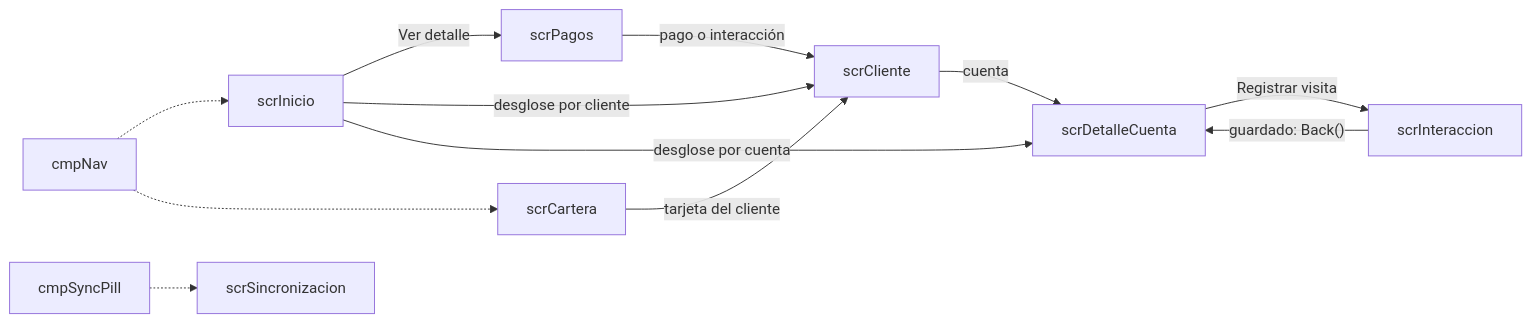
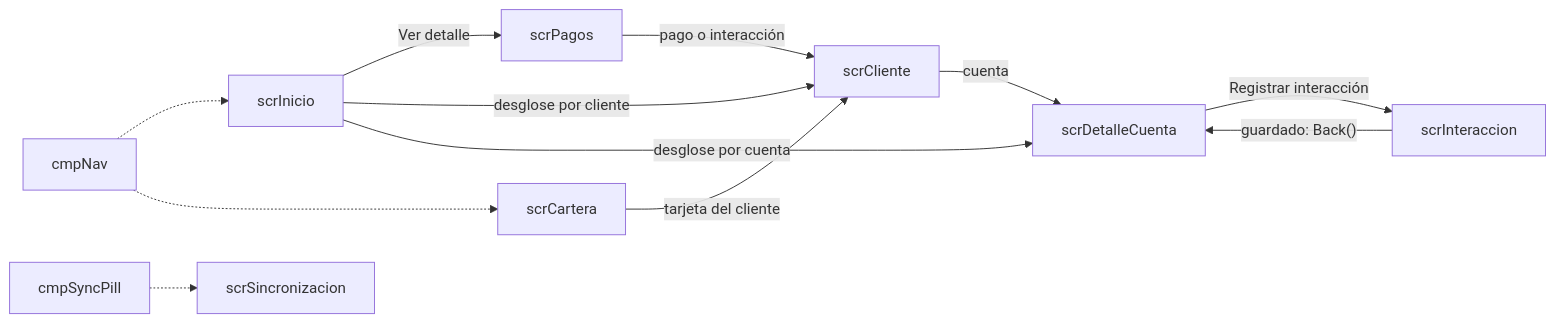
One commit to breaking-bytes-dev/cobranza-movil changed the diagram in docs/tecnica/05-app-localizador.md. Above: the diagram before and after it, drawn with Mermaid. The commit also changed other lines of this file and 20 other files, not shown here.

````diff
--- a/docs/tecnica/05-app-localizador.md
+++ b/docs/tecnica/05-app-localizador.md
@@ -44,14 +46,14 @@
 ```mermaid
 flowchart LR
     INI["scrInicio"] -->|"Ver detalle"| PAG["scrPagos"]
     INI -->|"desglose por cliente"| CLI["scrCliente"]
     INI -->|"desglose por cuenta"| DET["scrDetalleCuenta"]
     CAR["scrCartera"] -->|"tarjeta del cliente"| CLI
     CLI -->|"cuenta"| DET
     PAG -->|"pago o interacción"| CLI
-    DET -->|"Registrar visita"| INT["scrInteraccion"]
+    DET -->|"Registrar interacción"| INT["scrInteraccion"]
     INT -->|"guardado: Back()"| DET
     NAV["cmpNav"] -.-> INI
     NAV -.-> CAR
     PILL["cmpSyncPill"] -.-> SYN["scrSincronizacion"]
 ```
````
